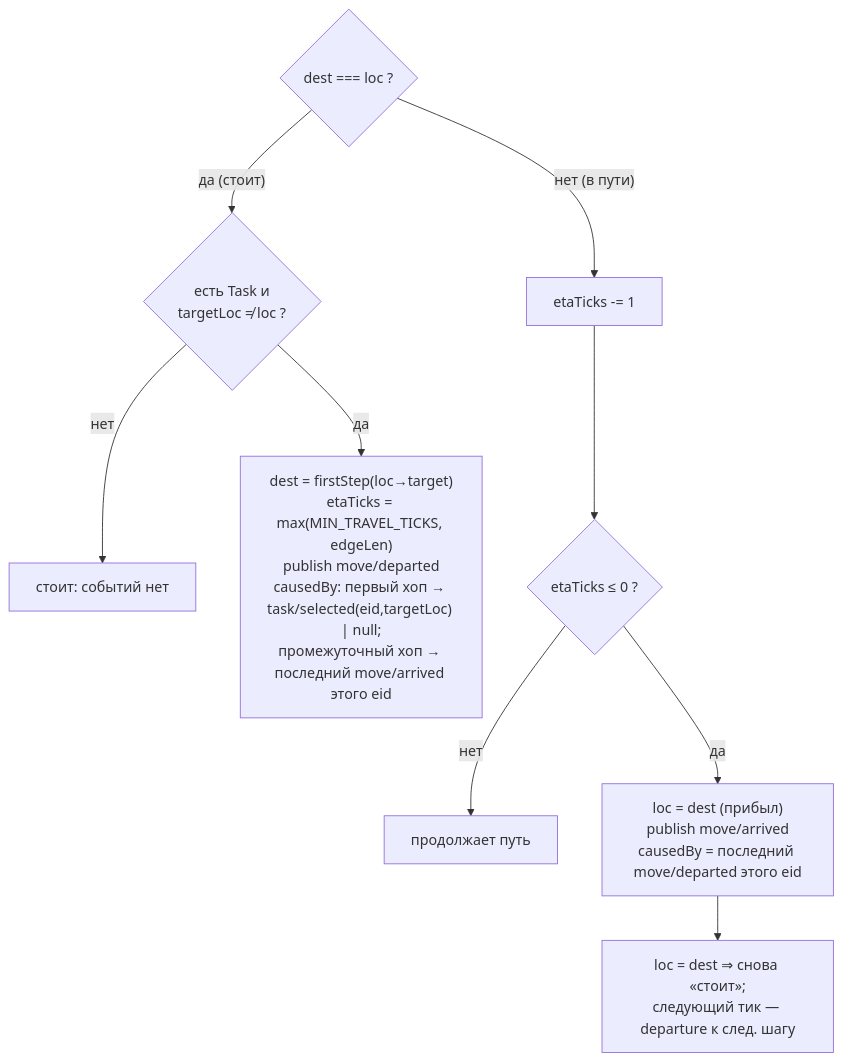
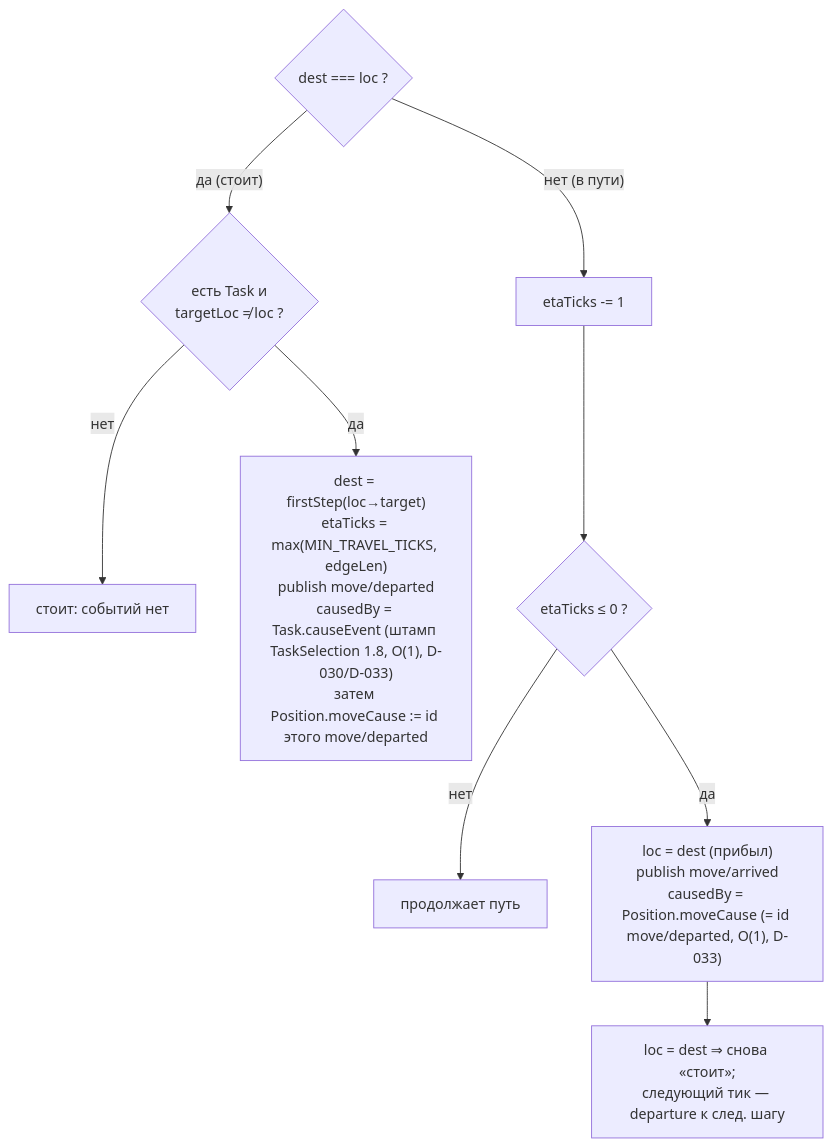
The second of 2 diagrams in docs/diagrams/movement-1.4.md (Pavelkv94/zona-chroniki), drawn with Mermaid before and after one commit. The commit also changed other lines of this file and 9 other files, not shown here.

First line of the commit message:
feat(sim): task 1.8 — TaskSelection utility AI + Movement causality retrofit

````diff
--- a/docs/diagrams/movement-1.4.md
+++ b/docs/diagrams/movement-1.4.md
@@ -35,12 +42,12 @@
 ```mermaid
 flowchart TD
   start{"dest === loc ?"}
   start -- "да (стоит)" --> hasTask{"есть Task и<br/>targetLoc ≠ loc ?"}
   hasTask -- нет --> idle["стоит: событий нет"]
-  hasTask -- да --> depart["dest = firstStep(loc→target)<br/>etaTicks = max(MIN_TRAVEL_TICKS, edgeLen)<br/>publish move/departed<br/>causedBy: первый хоп → task/selected(eid,targetLoc) | null;<br/>промежуточный хоп → последний move/arrived этого eid"]
+  hasTask -- да --> depart["dest = firstStep(loc→target)<br/>etaTicks = max(MIN_TRAVEL_TICKS, edgeLen)<br/>publish move/departed<br/>causedBy = Task.causeEvent (штамп TaskSelection 1.8, O(1), D-030/D-033)<br/>затем Position.moveCause := id этого move/departed"]
   start -- "нет (в пути)" --> dec["etaTicks -= 1"]
   dec --> chk{"etaTicks ≤ 0 ?"}
   chk -- нет --> transit["продолжает путь"]
-  chk -- да --> arrive["loc = dest (прибыл)<br/>publish move/arrived<br/>causedBy = последний move/departed этого eid"]
+  chk -- да --> arrive["loc = dest (прибыл)<br/>publish move/arrived<br/>causedBy = Position.moveCause (= id move/departed, O(1), D-033)"]
   arrive --> multihop["loc = dest ⇒ снова «стоит»;<br/>следующий тик — departure к след. шагу"]
 ```
````
